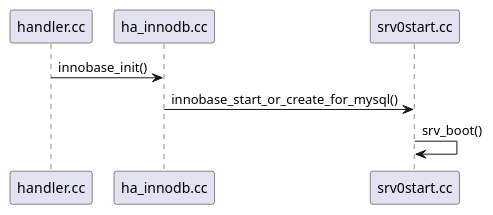
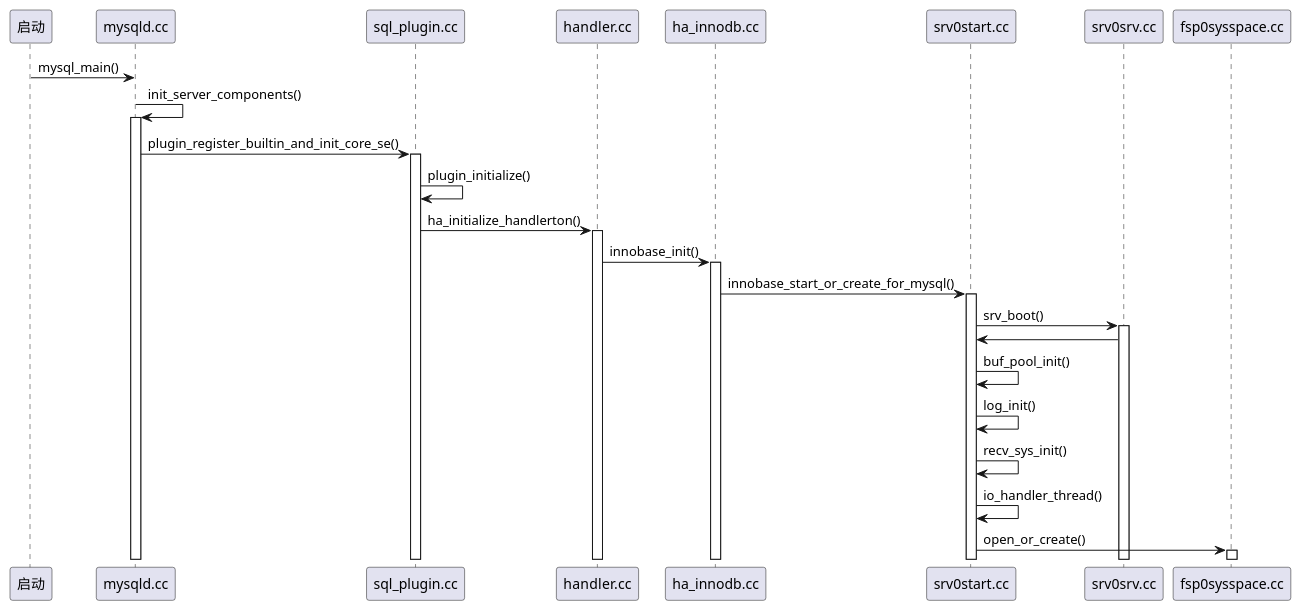
One commit to wult/org_doc changed the diagram in it/mysql/mysqlSource/innodb_summary.org. Above: the diagram before and after it, drawn with PlantUML. The commit also changed other lines of this file and 3 other files, not shown here.

```diff
--- a/it/mysql/mysqlSource/innodb_summary.org
+++ b/it/mysql/mysqlSource/innodb_summary.org
@@ -2,6 +4,23 @@
 #+BEGIN_SRC plantuml :file images/innodb_summary.png :cmdline -charset utf-8
+启动 -> mysqld.cc : mysql_main()
+mysqld.cc -> mysqld.cc : init_server_components()
+activate mysqld.cc
+mysqld.cc -> sql_plugin.cc : plugin_register_builtin_and_init_core_se()
+activate sql_plugin.cc
+sql_plugin.cc -> sql_plugin.cc : plugin_initialize()
+sql_plugin.cc -> handler.cc : ha_initialize_handlerton()
+activate handler.cc
 handler.cc -> ha_innodb.cc : innobase_init()
+activate ha_innodb.cc
 ha_innodb.cc -> srv0start.cc : innobase_start_or_create_for_mysql()
-srv0start.cc -> srv0start.cc : srv_boot()
-
+activate srv0start.cc
+srv0start.cc -> srv0srv.cc : srv_boot()
+activate srv0srv.cc
+srv0srv.cc -> srv0start.cc
+srv0start.cc -> srv0start.cc : buf_pool_init()
+srv0start.cc -> srv0start.cc : log_init()
+srv0start.cc -> srv0start.cc : recv_sys_init()
+srv0start.cc -> srv0start.cc : io_handler_thread()
+srv0start.cc -> fsp0sysspace.cc : open_or_create()
+activate fsp0sysspace.cc
 #+END_SRC
```
